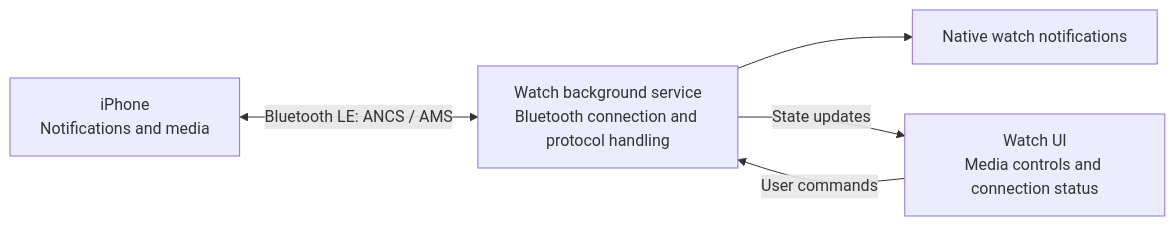
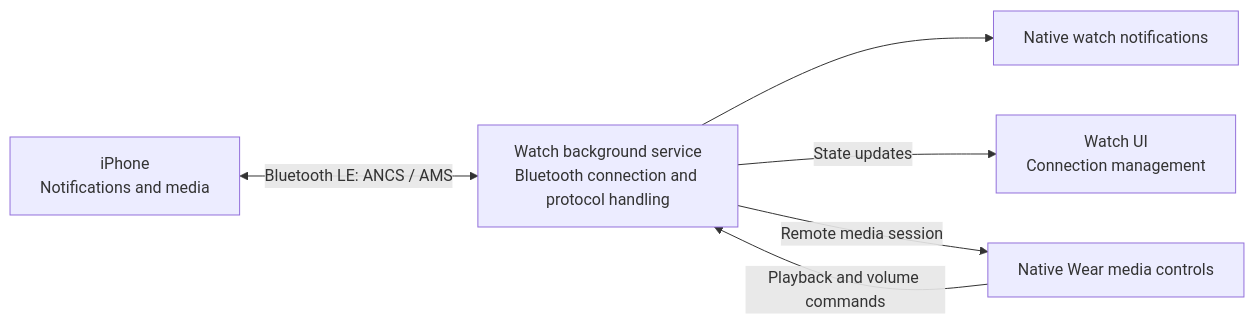
Before and after one commit to ilengyel/GooglePixelWatch-for-iPhone: the diagram in ARCHITECTURE.md, drawn with Mermaid. The commit also changed other lines of this file and 18 other files, not shown here.

First line of the commit message:
Use native Wear OS controls for iPhone media

````diff
--- a/ARCHITECTURE.md
+++ b/ARCHITECTURE.md
@@ -8,12 +8,14 @@
 ```mermaid
 flowchart LR
     Phone["iPhone<br/>Notifications and media"]
     Bridge["Watch background service<br/>Bluetooth connection and protocol handling"]
     Notifications["Native watch notifications"]
-    UI["Watch UI<br/>Media controls and connection status"]
+    UI["Watch UI<br/>Connection management"]
+    Media["Native Wear media controls"]
 
     Phone <-->|"Bluetooth LE: ANCS / AMS"| Bridge
     Bridge --> Notifications
     Bridge -->|"State updates"| UI
-    UI -->|"User commands"| Bridge
+    Bridge -->|"Remote media session"| Media
+    Media -->|"Playback and volume commands"| Bridge
 ```
````
